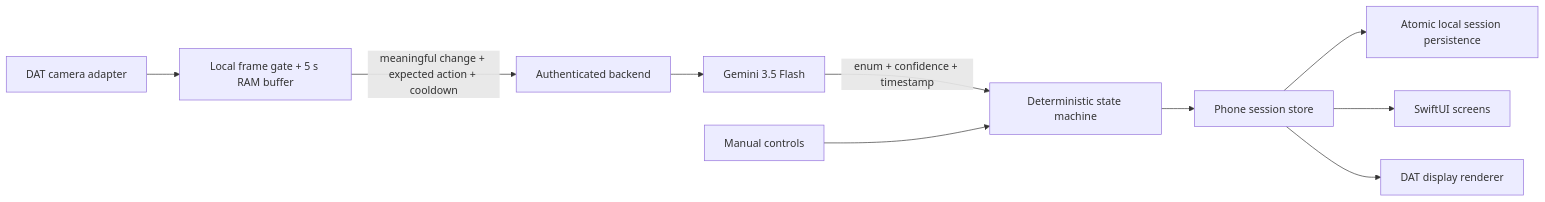
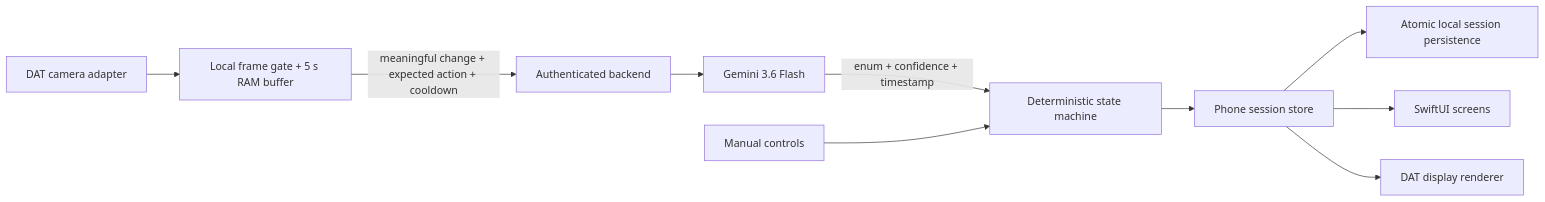
Before and after one commit to williamxuuu/CookingGlasses: the diagram in README.md, drawn with Mermaid. The commit also changed other lines of this file, not shown here.

Commit message:
small readme update

````diff
--- a/README.md
+++ b/README.md
@@ -39,12 +39,12 @@
 ```mermaid
 flowchart LR
     DAT[DAT camera adapter] --> Gate[Local frame gate + 5 s RAM buffer]
     Gate -->|meaningful change + expected action + cooldown| Proxy[Authenticated backend]
-    Proxy --> Gemini[Gemini 3.5 Flash]
+    Proxy --> Gemini[Gemini 3.6 Flash]
     Gemini -->|enum + confidence + timestamp| Rules[Deterministic state machine]
     Rules --> Store[Phone session store]
     User[Manual controls] --> Rules
     Store --> Disk[Atomic local session persistence]
     Store --> Phone[SwiftUI screens]
     Store --> Display[DAT display renderer]
 ```
````
